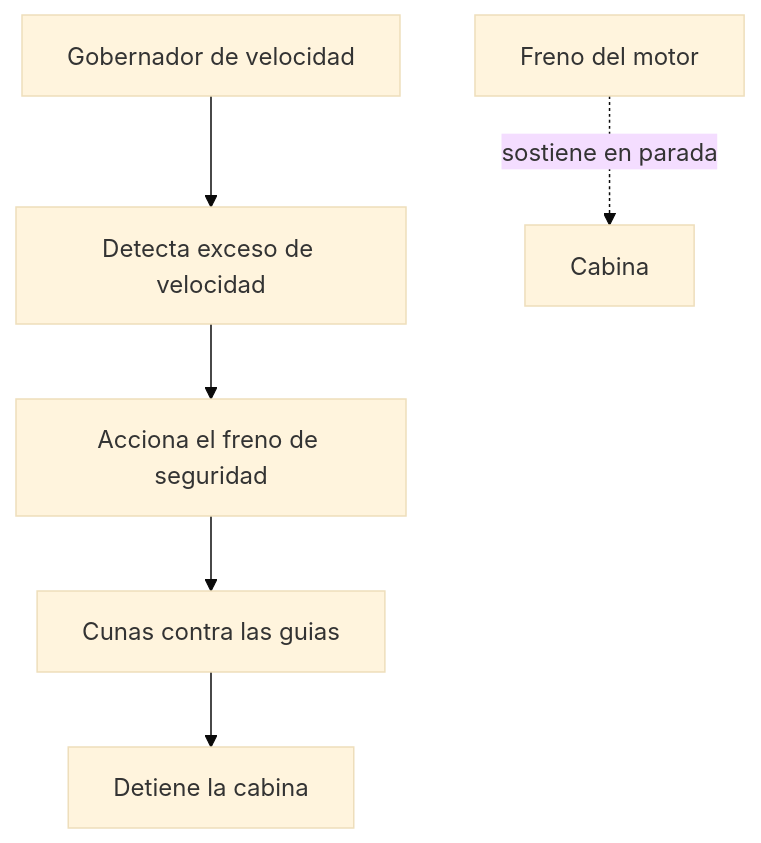
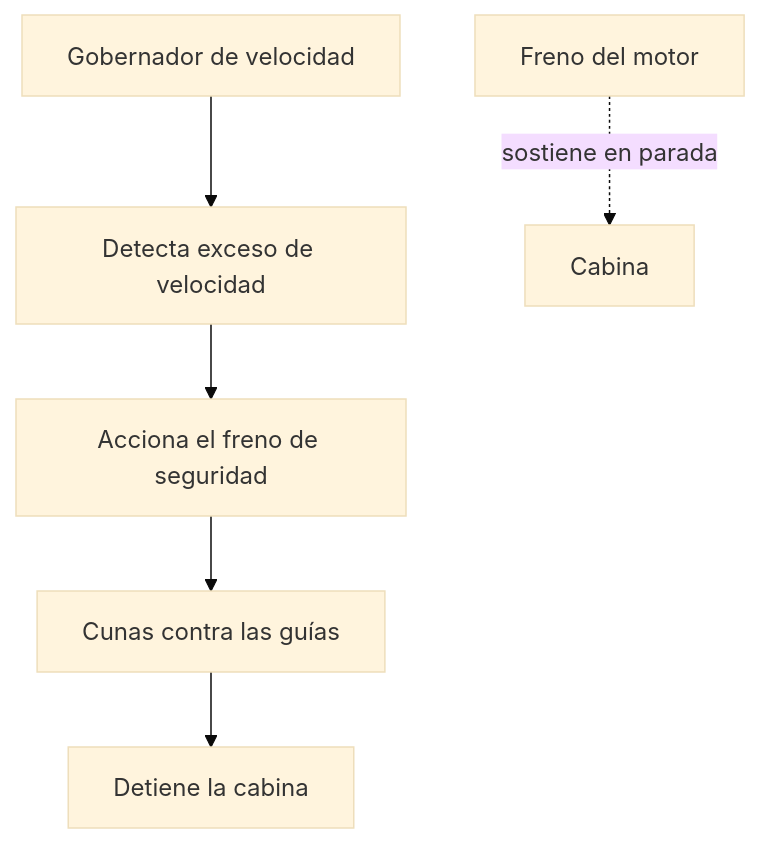
The third of 3 diagrams in vehiculos/ascensores/operacion/sistemas-mecanicos-ascensor.md (vladimiracunadev-create/machine-operator-program), drawn with Mermaid (base theme) before and after one commit. The commit also changed other lines of this file and 442 other files, not shown here.

````diff
--- a/vehiculos/ascensores/operacion/sistemas-mecanicos-ascensor.md
+++ b/vehiculos/ascensores/operacion/sistemas-mecanicos-ascensor.md
@@ -108,8 +108,8 @@
 ```mermaid
 flowchart TD
     Gobernador[Gobernador de velocidad] --> Detecta[Detecta exceso de velocidad]
     Detecta --> Acciona[Acciona el freno de seguridad]
-    Acciona --> Cunas[Cunas contra las guias]
+    Acciona --> Cunas[Cunas contra las guías]
     Cunas --> Detiene[Detiene la cabina]
     FrenoMotor[Freno del motor] -. sostiene en parada .-> Cabina[Cabina]
 ```
````
